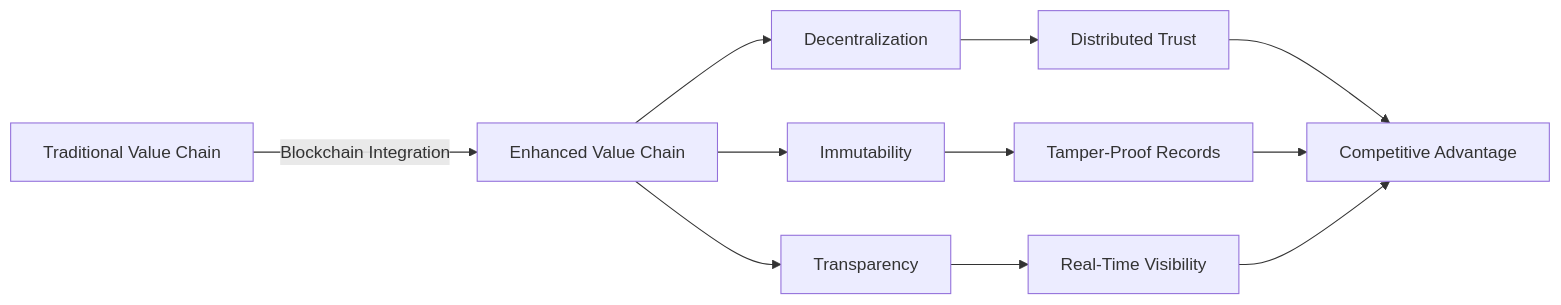
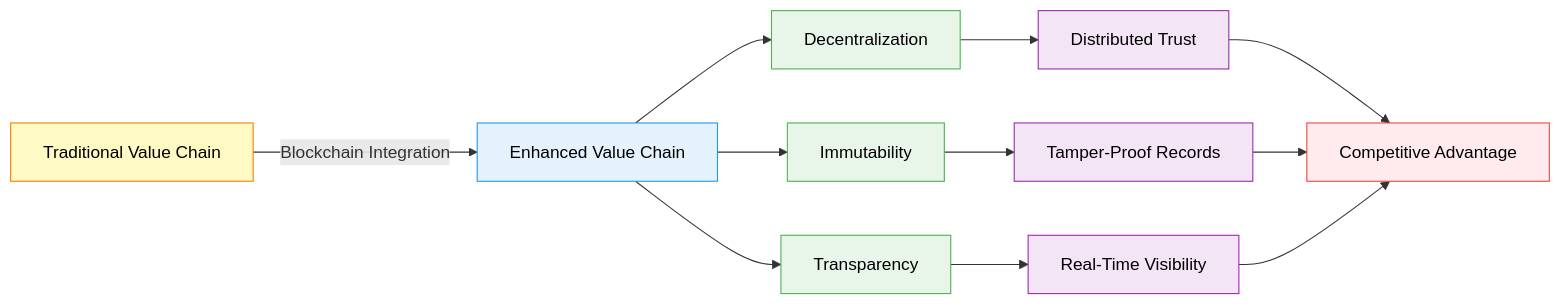
Before and after one commit to ljg-cqu/knowledge: the first of 14 diagrams in Industry/Blockchain/Blockchain/ValueChain/QA_LinerGeneralDeepResearch.md, drawn with Mermaid. The commit also changed other lines of this file and 6 other files, not shown here.

````diff
--- a/Industry/Blockchain/Blockchain/ValueChain/QA_LinerGeneralDeepResearch.md
+++ b/Industry/Blockchain/Blockchain/ValueChain/QA_LinerGeneralDeepResearch.md
@@ -7,13 +7,23 @@
 ```mermaid
 graph LR
     A[Traditional Value Chain] -->|Blockchain Integration| B[Enhanced Value Chain]
     B --> C[Decentralization]
     B --> D[Immutability]
     B --> E[Transparency]
     C --> F[Distributed Trust]
     D --> G[Tamper-Proof Records]
     E --> H[Real-Time Visibility]
     F --> I[Competitive Advantage]
     G --> I
     H --> I
+    
+    style A fill:#FFF9C4,stroke:#F57C00,color:#000
+    style B fill:#E3F2FD,stroke:#2196F3,color:#000
+    style C fill:#E8F5E9,stroke:#4CAF50,color:#000
+    style D fill:#E8F5E9,stroke:#4CAF50,color:#000
+    style E fill:#E8F5E9,stroke:#4CAF50,color:#000
+    style F fill:#F3E5F5,stroke:#9C27B0,color:#000
+    style G fill:#F3E5F5,stroke:#9C27B0,color:#000
+    style H fill:#F3E5F5,stroke:#9C27B0,color:#000
+    style I fill:#FFEBEE,stroke:#F44336,color:#000
 ```
````
